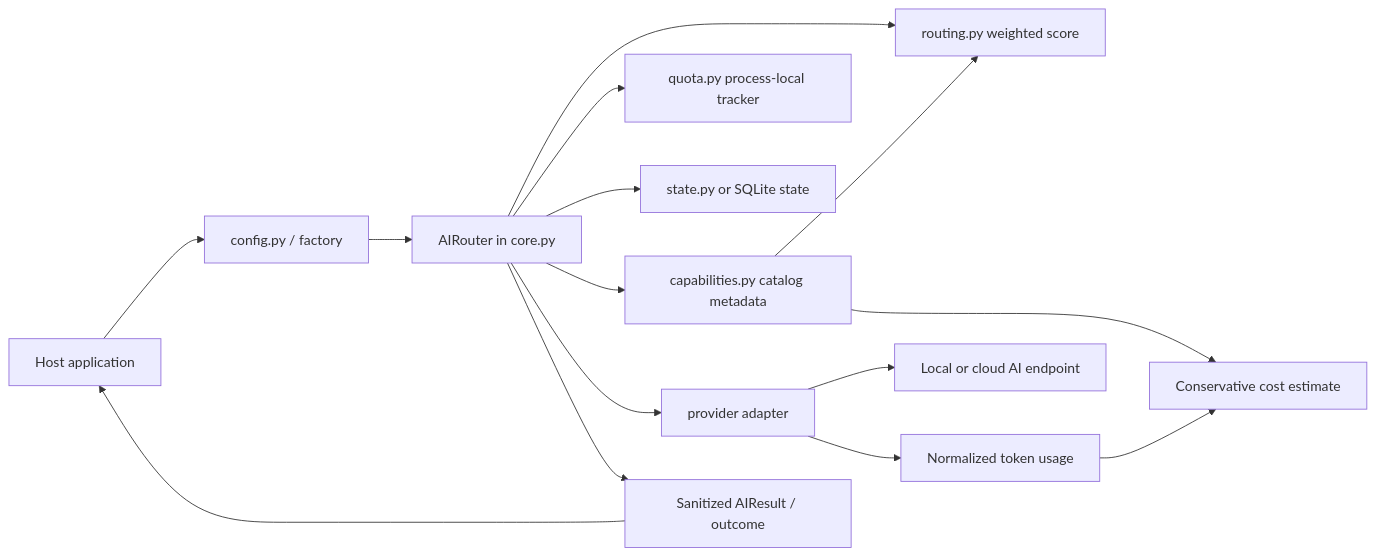
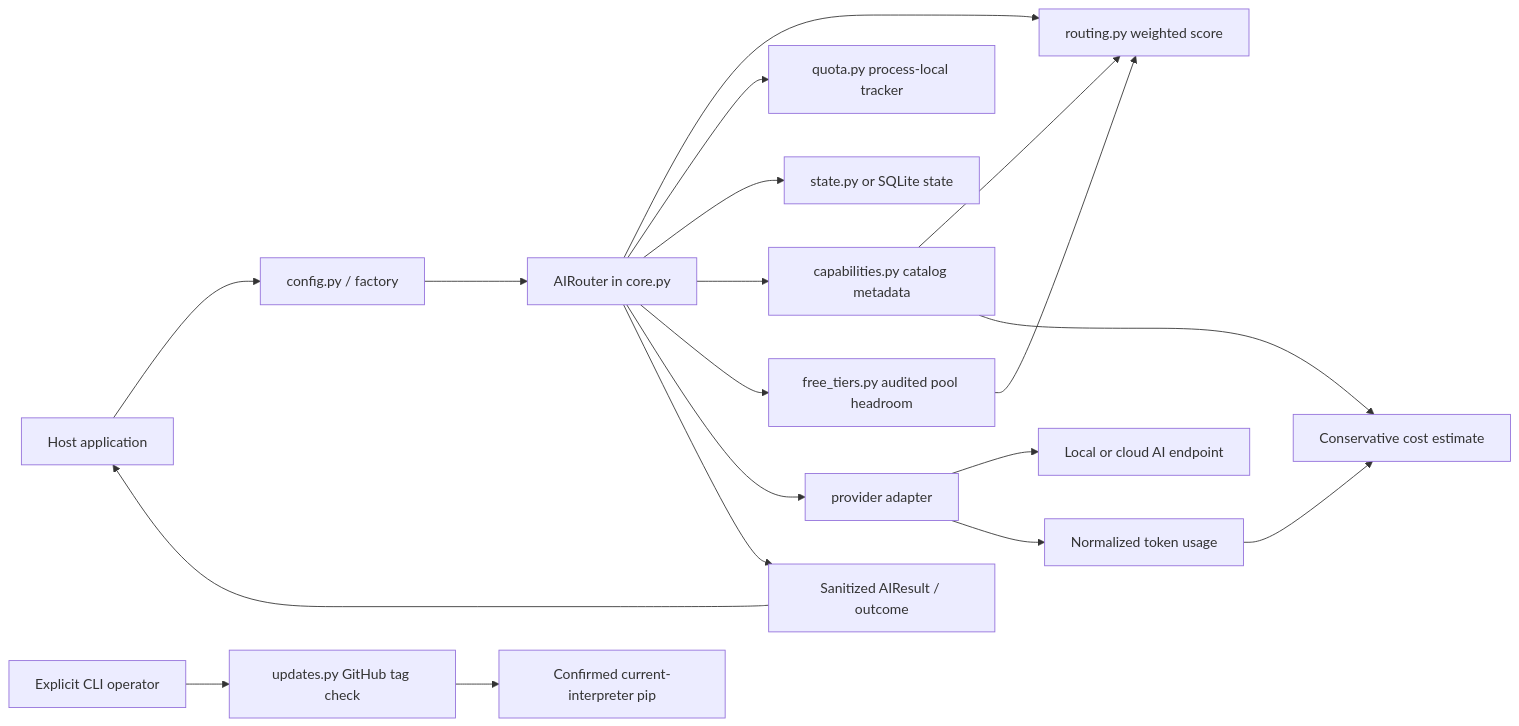
The first of 3 diagrams in ARCHITECTURE.md (Nakazasen/nakazasen-ai-router), drawn with Mermaid before and after one commit. The commit also changed other lines of this file and 24 other files, not shown here.

````diff
--- a/ARCHITECTURE.md
+++ b/ARCHITECTURE.md
@@ -60,17 +65,21 @@
 ```mermaid
 flowchart LR
     Host["Host application"] --> Factory["config.py / factory"]
     Factory --> Router["AIRouter in core.py"]
     Router --> Score["routing.py weighted score"]
     Router --> Quota["quota.py process-local tracker"]
     Router --> State["state.py or SQLite state"]
     Router --> Catalog["capabilities.py catalog metadata"]
+    Router --> Free["free_tiers.py audited pool headroom"]
     Router --> Adapter["provider adapter"]
     Adapter --> API["Local or cloud AI endpoint"]
     Adapter --> Usage["Normalized token usage"]
     Usage --> Cost["Conservative cost estimate"]
     Catalog --> Score
     Catalog --> Cost
+    Free --> Score
     Router --> Result["Sanitized AIResult / outcome"]
     Result --> Host
+    Operator["Explicit CLI operator"] --> Updates["updates.py GitHub tag check"]
+    Updates --> Pip["Confirmed current-interpreter pip"]
 ```
````
